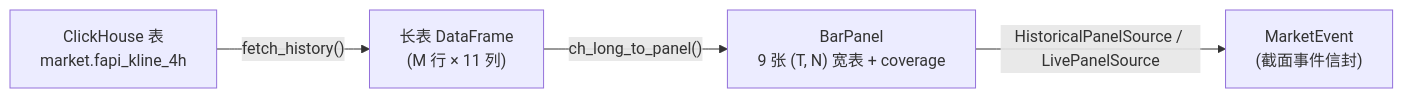
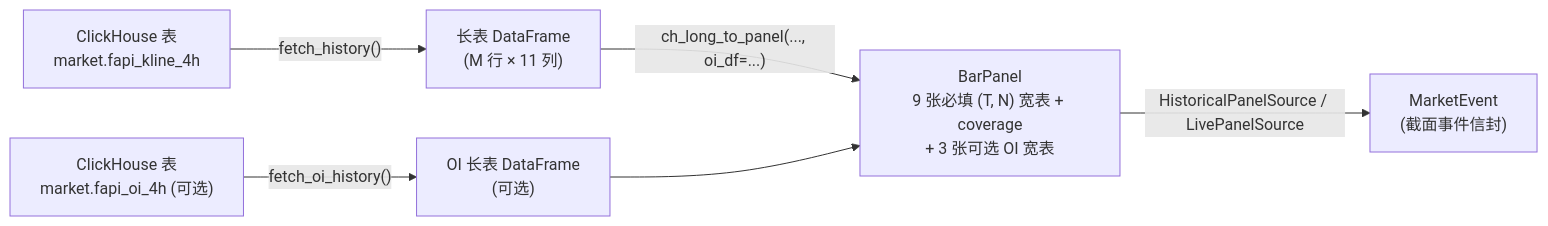
Before and after one commit to GeekChomolungma/Sherpa: the diagram in docs/DATA_STRUCTURES_AND_TRANSFORMS.md, drawn with Mermaid. The commit also changed other lines of this file and 14 other files, not shown here.

Commit message:
add oi in data schema

````diff
--- a/docs/DATA_STRUCTURES_AND_TRANSFORMS.md
+++ b/docs/DATA_STRUCTURES_AND_TRANSFORMS.md
@@ -20,6 +20,8 @@
 ```mermaid
 flowchart LR
     A["ClickHouse 表<br/>market.fapi_kline_4h"] -->|"fetch_history()"| B["长表 DataFrame<br/>(M 行 × 11 列)"]
-    B -->|"ch_long_to_panel()"| C["BarPanel<br/>9 张 (T, N) 宽表 + coverage"]
+    A2["ClickHouse 表<br/>market.fapi_oi_4h (可选)"] -->|"fetch_oi_history()"| B2["OI 长表 DataFrame<br/>(可选)"]
+    B -->|"ch_long_to_panel(..., oi_df=...)"| C["BarPanel<br/>9 张必填 (T, N) 宽表 + coverage<br/>+ 3 张可选 OI 宽表"]
+    B2 --> C
     C -->|"HistoricalPanelSource / LivePanelSource"| D["MarketEvent<br/>(截面事件信封)"]
 ```
````
